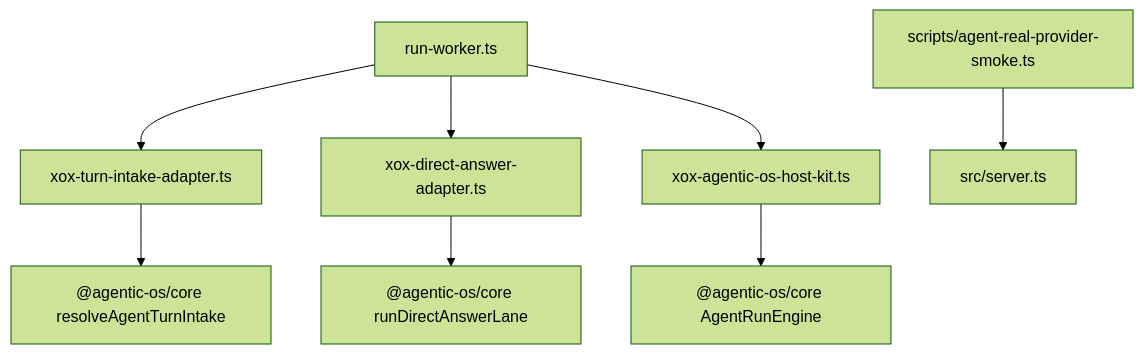
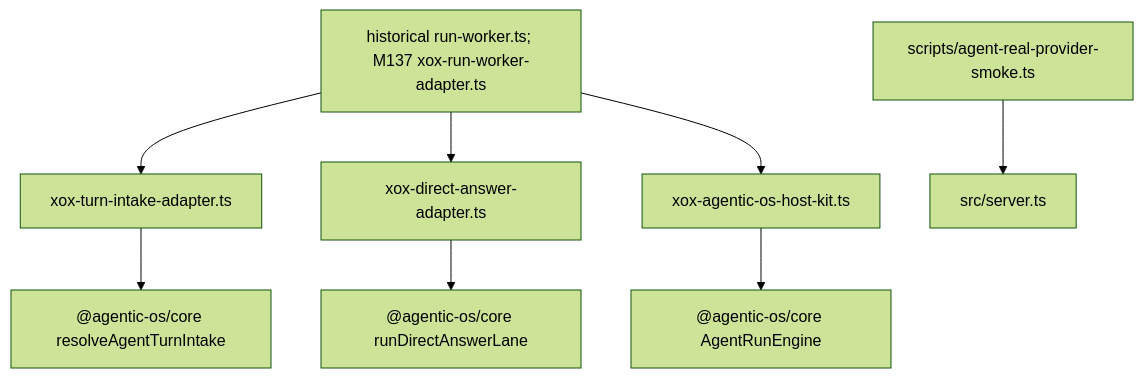
Before and after one commit to Suysker/xox-model: the diagram in docs/agentic-os-integration/m130-delete-host-entry-facades.md, drawn with Mermaid (forest theme). The commit also changed other lines of this file and 11 other files, not shown here.

Commit message:
refactor: delete run worker root adapter

````diff
--- a/docs/agentic-os-integration/m130-delete-host-entry-facades.md
+++ b/docs/agentic-os-integration/m130-delete-host-entry-facades.md
@@ -26,10 +26,10 @@
 ```mermaid
 flowchart TD
-    Worker["run-worker.ts"] --> TurnIntake["xox-turn-intake-adapter.ts"]
+    Worker["historical run-worker.ts; M137 xox-run-worker-adapter.ts"] --> TurnIntake["xox-turn-intake-adapter.ts"]
     Worker --> DirectAnswer["xox-direct-answer-adapter.ts"]
     Worker --> HostKit["xox-agentic-os-host-kit.ts"]
     TurnIntake --> CoreTurn["@agentic-os/core resolveAgentTurnIntake"]
     DirectAnswer --> CoreDirect["@agentic-os/core runDirectAnswerLane"]
     HostKit --> CoreLoop["@agentic-os/core AgentRunEngine"]
     Smoke["scripts/agent-real-provider-smoke.ts"] --> Server["src/server.ts"]
 ```
````
